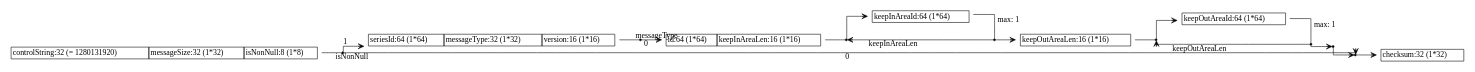
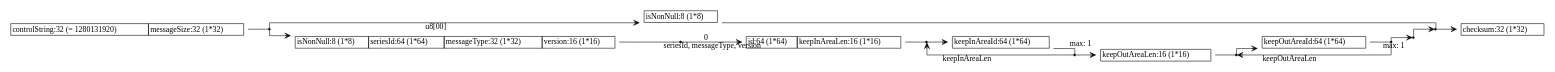
One commit to sireum/bitcodec-examples changed the diagram in src/uxas/lmcp-spec.dot. Above: the diagram before and after it, drawn with Graphviz. The commit also changed 3 other files, not shown here.

```diff
--- a/src/uxas/lmcp-spec.dot
+++ b/src/uxas/lmcp-spec.dot
@@ -1,68 +1,74 @@
 digraph G {
   rankdir = LR;
   graph [splines=ortho];
   node [shape=plaintext];
   edge [arrowhead=vee];
 
   n0 [label=<
     <TABLE BORDER="0" CELLBORDER="1" CELLSPACING="0" TOOLTIP="LmcpObject" HREF="#">
-      <TR><TD>controlString:32 (= 1280131920)</TD><TD>messageSize:32 (1*32)</TD><TD>isNonNull:8 (1*8)</TD></TR>
+      <TR><TD>controlString:32 (= 1280131920)</TD><TD>messageSize:32 (1*32)</TD></TR>
     </TABLE>
   >];
   n1 [shape=point];
   n2 [label=<
-    <TABLE BORDER="0" CELLBORDER="1" CELLSPACING="0" TOOLTIP="LmcpObject.nonEmptyMessage" HREF="#">
-      <TR><TD>seriesId:64 (1*64)</TD><TD>messageType:32 (1*32)</TD><TD>version:16 (1*16)</TD></TR>
+    <TABLE BORDER="0" CELLBORDER="1" CELLSPACING="0" TOOLTIP="LmcpObject.emptyMessage" HREF="#">
+      <TR><TD>isNonNull:8 (1*8)</TD></TR>
     </TABLE>
   >];
-  n3 [shape=point];
-  n4 [label=<
+  n3 [label=<
+    <TABLE BORDER="0" CELLBORDER="1" CELLSPACING="0" TOOLTIP="LmcpObject.nonEmptyMessage" HREF="#">
+      <TR><TD>isNonNull:8 (1*8)</TD><TD>seriesId:64 (1*64)</TD><TD>messageType:32 (1*32)</TD><TD>version:16 (1*16)</TD></TR>
+    </TABLE>
+  >];
+  n4 [shape=point];
+  n5 [label=<
     <TABLE BORDER="0" CELLBORDER="1" CELLSPACING="0" TOOLTIP="LmcpObject" HREF="#">
       <TR><TD>checksum:32 (1*32)</TD></TR>
     </TABLE>
   >];
-  n5 [shape=point];
-  n6 [label=<
+  n6 [shape=point];
+  n7 [label=<
     <TABLE BORDER="0" CELLBORDER="1" CELLSPACING="0" TOOLTIP="LmcpObject.nonEmptyMessage.operatingRegionPayload" HREF="#">
       <TR><TD>id:64 (1*64)</TD><TD>keepInAreaLen:16 (1*16)</TD></TR>
     </TABLE>
   >];
-  n7 [shape=point];
   n8 [shape=point];
-  n9 [label=<
+  n9 [shape=point];
+  n10 [label=<
     <TABLE BORDER="0" CELLBORDER="1" CELLSPACING="0" TOOLTIP="LmcpObject.nonEmptyMessage.operatingRegionPayload.keepInAreaId" HREF="#">
       <TR><TD>keepInAreaId:64 (1*64)</TD></TR>
     </TABLE>
   >];
-  n10 [shape=point];
-  n11 [label=<
+  n11 [shape=point];
+  n12 [label=<
     <TABLE BORDER="0" CELLBORDER="1" CELLSPACING="0" TOOLTIP="LmcpObject.nonEmptyMessage.operatingRegionPayload" HREF="#">
       <TR><TD>keepOutAreaLen:16 (1*16)</TD></TR>
     </TABLE>
   >];
-  n12 [shape=point];
-  n13 [label=<
+  n13 [shape=point];
+  n14 [label=<
     <TABLE BORDER="0" CELLBORDER="1" CELLSPACING="0" TOOLTIP="LmcpObject.nonEmptyMessage.operatingRegionPayload.keepOutAreaId" HREF="#">
       <TR><TD>keepOutAreaId:64 (1*64)</TD></TR>
     </TABLE>
   >];
-  n14 [shape=point];
+  n15 [shape=point];
 
-  n0 -> n1 [arrowhead=none, xlabel="isNonNull", tooltip="b => if (conversions.U8.toZ(b) == 0) 0 else 1", href="#"];
-  n1 -> n2 [xlabel="1"];
-  n3 -> n4;
-  n7 -> n3;
-  n1 -> n3 [xlabel="0"];
-  n2 -> n5 [arrowhead=none, xlabel="messageType", tooltip="n => conversions.U32.toZ(n) match {&#013;case z\"39\" /* OPERATINGREGION is 39 in afrl/cmasi/CMASIEnum.h */ => 0&#013;case  _ => -1&#013;}", href="#"];
-  n5 -> n6 [xlabel="0"];
-  n10 -> n8 [xlabel="keepInAreaLen", tooltip="l => conversions.U16.toZ(l)", href="#"];
-  n6 -> n8 [arrowhead=none];
-  n8 -> n9;
-  n10 -> n11;
-  n9 -> n10 [arrowhead=none, xlabel="max: 1"];
-  n11 -> n12 [arrowhead=none];
-  n14 -> n12 [xlabel="keepOutAreaLen", tooltip="l => conversions.U16.toZ(l)", href="#"];
-  n12 -> n13;
-  n13 -> n14 [arrowhead=none, xlabel="max: 1"];
-  n14 -> n7;
+  n0 -> n1 [arrowhead=none];
+  n1 -> n2 [xlabel="u8[00]"];
+  n1 -> n3 [xlabel=""];
+  n4 -> n5;
+  n8 -> n4;
+  n2 -> n4 [arrowhead=none];
+  n3 -> n6 [arrowhead=none, xlabel="seriesId, messageType, version", tooltip="n => n match {&#013;// OPERATINGREGION is 39 in afrl/cmasi/CMASIEnum.h&#013;case (s64\"0\", u32\"39\", u16\"0\") => 0 // TODO: change s64\"0\" and u16\"0\" to the correct series and version constant&#013;case (_, _, _) => -1&#013;}", href="#"];
+  n6 -> n7 [xlabel="0"];
+  n11 -> n9 [xlabel="keepInAreaLen", tooltip="l => conversions.U16.toZ(l)", href="#"];
+  n7 -> n9 [arrowhead=none];
+  n9 -> n10;
+  n11 -> n12;
+  n10 -> n11 [arrowhead=none, xlabel="max: 1"];
+  n12 -> n13 [arrowhead=none];
+  n15 -> n13 [xlabel="keepOutAreaLen", tooltip="l => conversions.U16.toZ(l)", href="#"];
+  n13 -> n14;
+  n14 -> n15 [arrowhead=none, xlabel="max: 1"];
+  n15 -> n8;
 }
```
